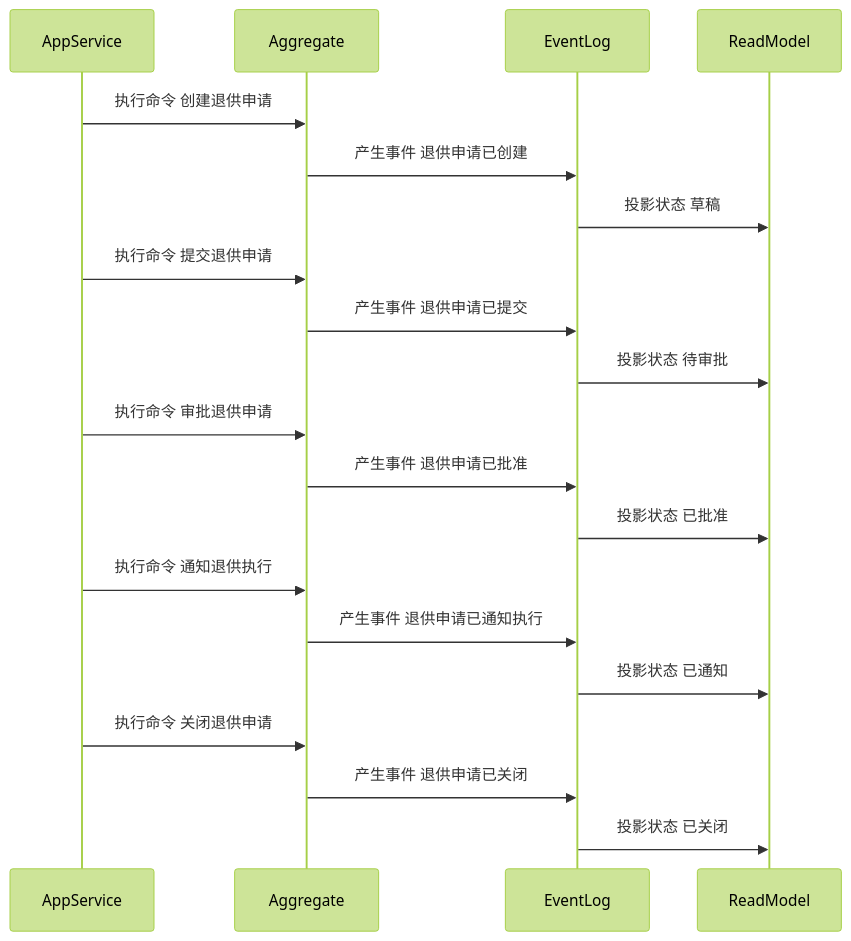
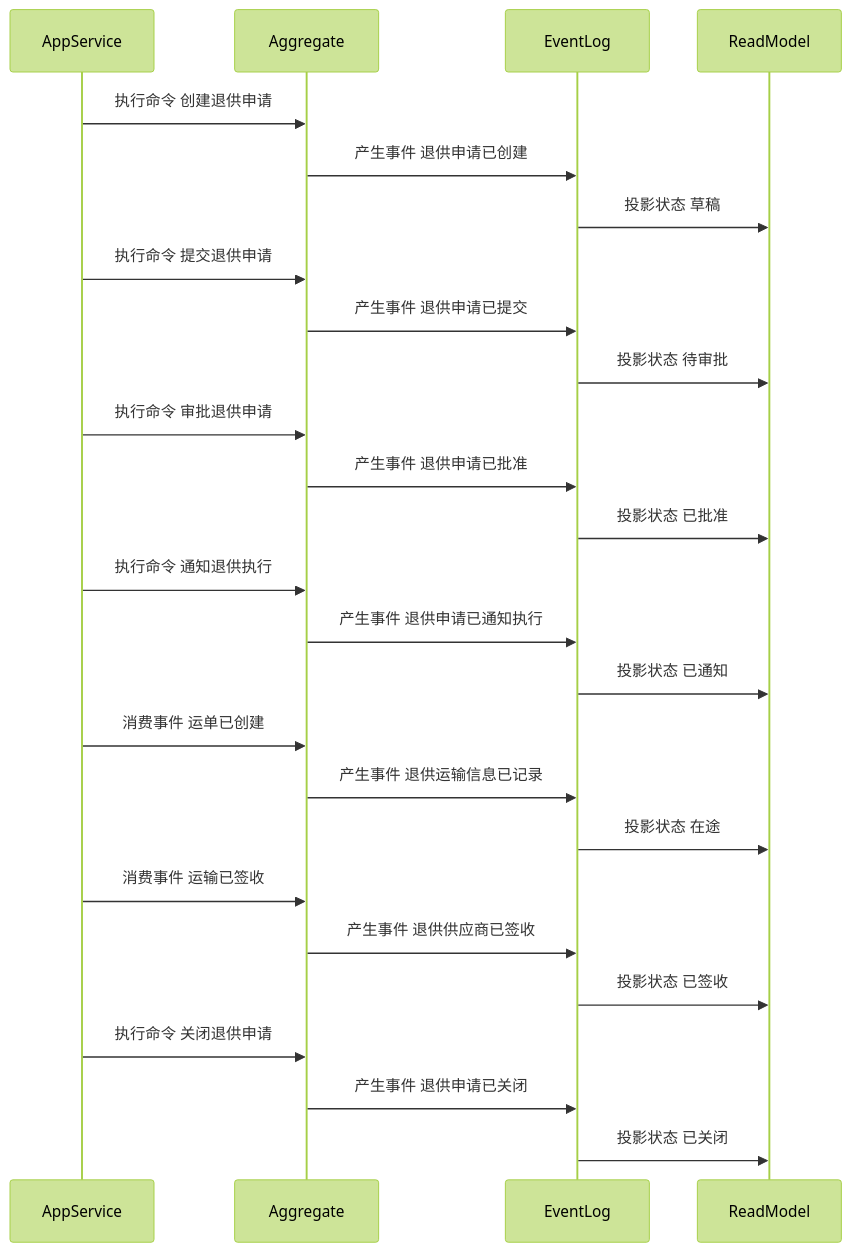
The sixth of 6 diagrams in docs/03-核心业务模型/02-采购领域模型/10-退供申请聚合CQRS设计.md (chao1927/scm), drawn with Mermaid (forest theme) before and after one commit. The commit also changed other lines of this file and 118 other files, not shown here.

````diff
--- a/docs/03-核心业务模型/02-采购领域模型/10-退供申请聚合CQRS设计.md
+++ b/docs/03-核心业务模型/02-采购领域模型/10-退供申请聚合CQRS设计.md
@@ -256,23 +275,29 @@
 ```mermaid
 sequenceDiagram
     participant AppService
     participant Aggregate
     participant EventLog
     participant ReadModel
 
     AppService->>Aggregate: 执行命令 创建退供申请
     Aggregate->>EventLog: 产生事件 退供申请已创建
     EventLog->>ReadModel: 投影状态 草稿
     AppService->>Aggregate: 执行命令 提交退供申请
     Aggregate->>EventLog: 产生事件 退供申请已提交
     EventLog->>ReadModel: 投影状态 待审批
     AppService->>Aggregate: 执行命令 审批退供申请
     Aggregate->>EventLog: 产生事件 退供申请已批准
     EventLog->>ReadModel: 投影状态 已批准
     AppService->>Aggregate: 执行命令 通知退供执行
     Aggregate->>EventLog: 产生事件 退供申请已通知执行
     EventLog->>ReadModel: 投影状态 已通知
+    AppService->>Aggregate: 消费事件 运单已创建
+    Aggregate->>EventLog: 产生事件 退供运输信息已记录
+    EventLog->>ReadModel: 投影状态 在途
+    AppService->>Aggregate: 消费事件 运输已签收
+    Aggregate->>EventLog: 产生事件 退供供应商已签收
+    EventLog->>ReadModel: 投影状态 已签收
     AppService->>Aggregate: 执行命令 关闭退供申请
     Aggregate->>EventLog: 产生事件 退供申请已关闭
     EventLog->>ReadModel: 投影状态 已关闭
 ```
````
